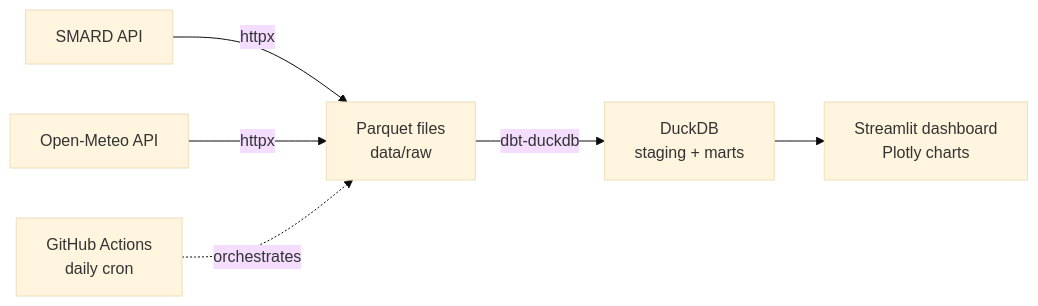
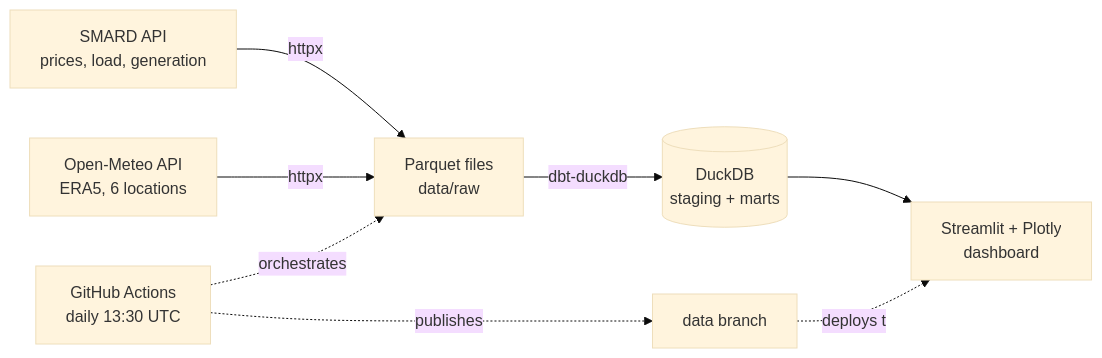
Before and after one commit to LogicalLizard/energy-weather-pipeline: the diagram in README.md, drawn with Mermaid (base theme). The commit also changed other lines of this file, not shown here.

````diff
--- a/README.md
+++ b/README.md
@@ -12,8 +20,10 @@
 ```mermaid
 flowchart LR
-    A[SMARD API] -->|httpx| C[Parquet files<br>data/raw]
-    B[Open-Meteo API] -->|httpx| C
-    C -->|dbt-duckdb| D[DuckDB<br>staging + marts]
-    D --> E[Streamlit dashboard<br>Plotly charts]
-    F[GitHub Actions<br>daily cron] -.orchestrates.-> C
+    A[SMARD API<br>prices, load, generation] -->|httpx| C[Parquet files<br>data/raw]
+    B[Open-Meteo API<br>ERA5, 6 locations] -->|httpx| C
+    C -->|dbt-duckdb| D[(DuckDB<br>staging + marts)]
+    D --> E[Streamlit + Plotly<br>dashboard]
+    F[GitHub Actions<br>daily 13:30 UTC] -.orchestrates.-> C
+    F -.publishes.-> G[data branch]
+    G -.deploys to.-> E
 ```
````
